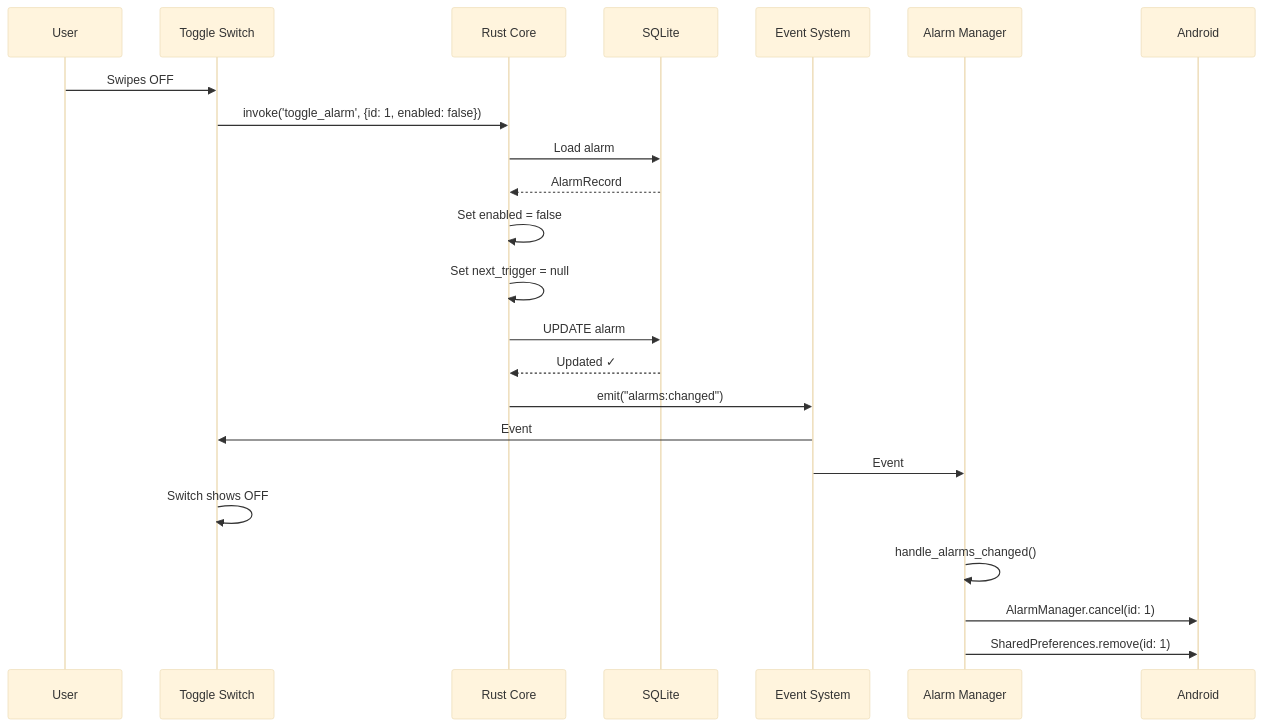
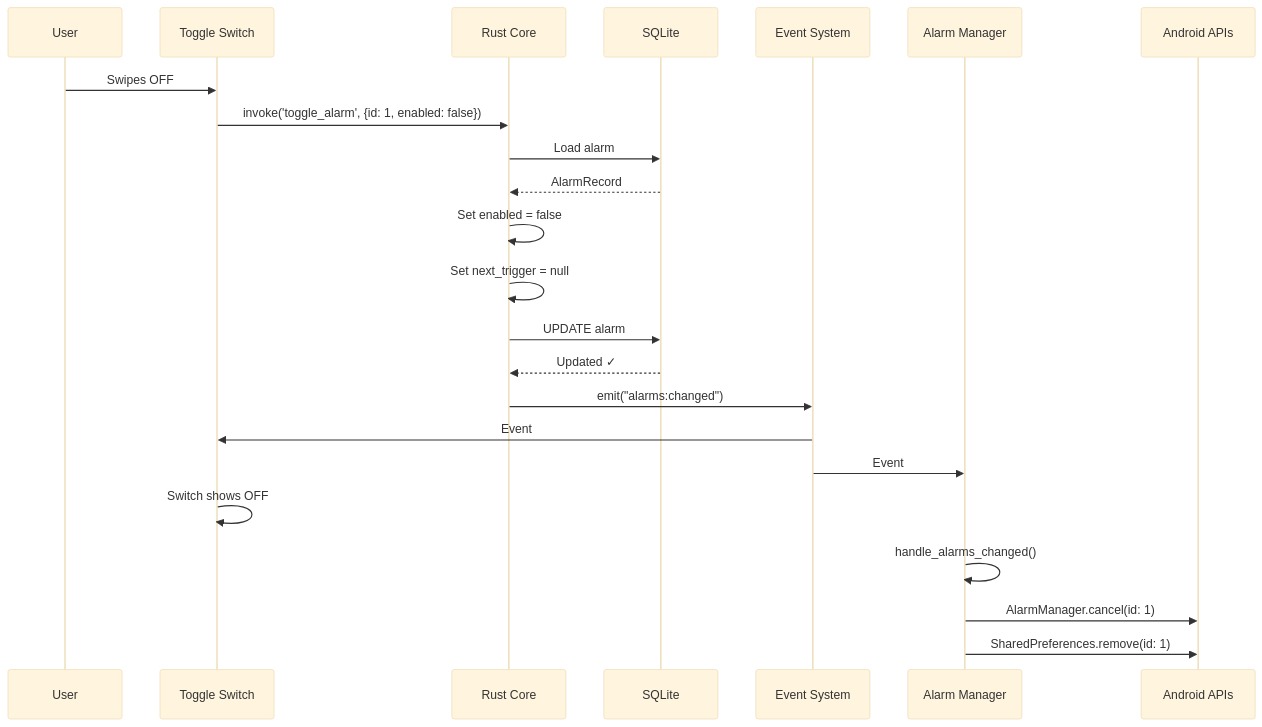
The seventh of 32 diagrams in docs/architecture/flow-diagrams.md (liminal-hq/threshold), drawn with Mermaid (base theme) before and after one commit. The commit also changed other lines of this file, not shown here.

First line of the commit message:
fix: stabilise Mermaid sequence diagrams

````diff
--- a/docs/architecture/flow-diagrams.md
+++ b/docs/architecture/flow-diagrams.md
@@ -262,31 +266,32 @@
 ```mermaid
 sequenceDiagram
     participant User
     participant Toggle as Toggle Switch
     participant Rust as Rust Core
     participant DB as SQLite
     participant Events as Event System
     participant AlarmMgr as Alarm Manager
+    participant Android as Android APIs
 
     User->>Toggle: Swipes OFF
     Toggle->>Rust: invoke('toggle_alarm', {id: 1, enabled: false})
     
     Rust->>DB: Load alarm #1
     DB-->>Rust: AlarmRecord
     
     Rust->>Rust: Set enabled = false
     Rust->>Rust: Set next_trigger = null
     
     Rust->>DB: UPDATE alarm #1
     DB-->>Rust: Updated ✓
     
     Rust->>Events: emit("alarms:changed")
     Events->>Toggle: Event
     Events->>AlarmMgr: Event
     
     Toggle->>Toggle: Switch shows OFF
     
     AlarmMgr->>AlarmMgr: handle_alarms_changed()
     AlarmMgr->>Android: AlarmManager.cancel(id: 1)
     AlarmMgr->>Android: SharedPreferences.remove(id: 1)
 ```
````
